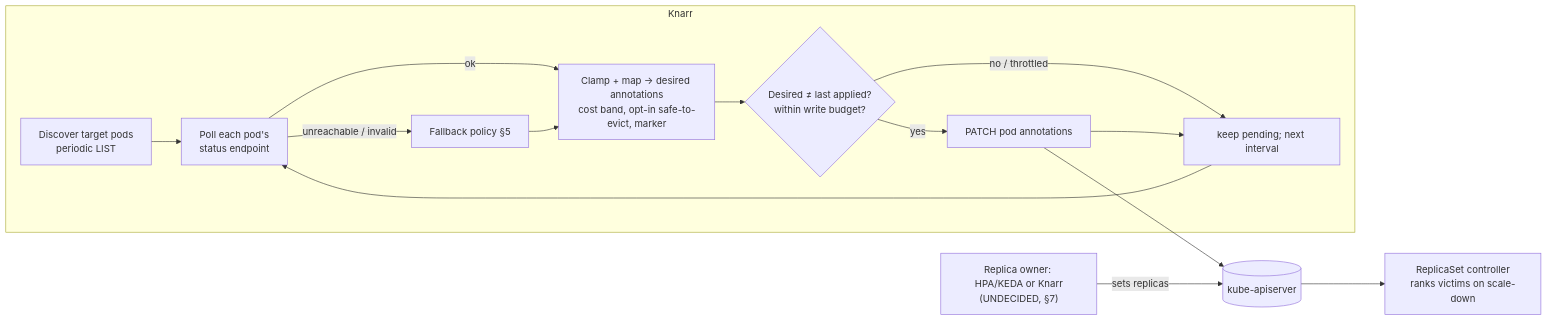
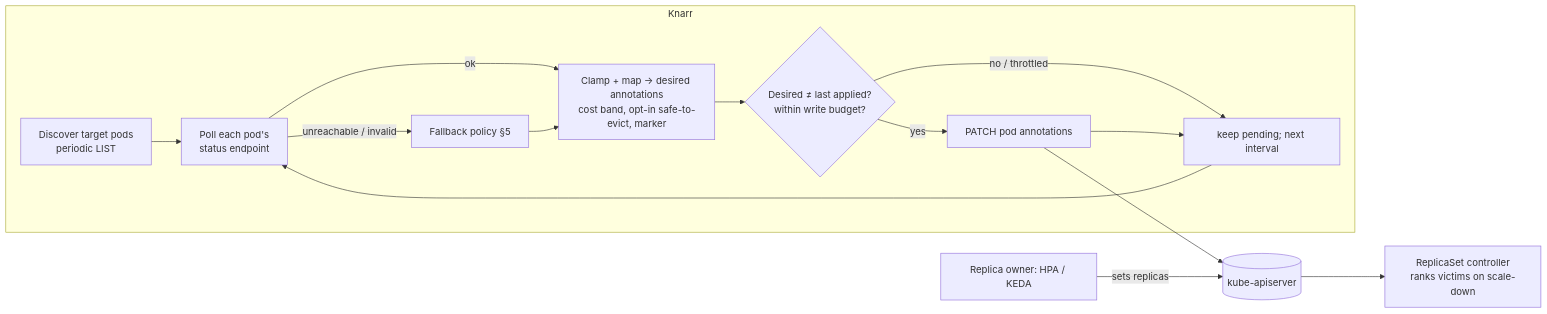
One commit to steven-cutting/knarr changed the diagram in docs/OVERVIEW.md. Above: the diagram before and after it, drawn with Mermaid. The commit also changed other lines of this file and 1 other file, not shown here.

````diff
--- a/docs/OVERVIEW.md
+++ b/docs/OVERVIEW.md
@@ -92,17 +92,17 @@
 ```mermaid
 flowchart LR
     subgraph Knarr
       D[Discover target pods<br/>periodic LIST] --> P[Poll each pod's<br/>status endpoint]
       P -- ok --> M[Clamp + map → desired annotations<br/>cost band, opt-in safe-to-evict, marker]
       P -- unreachable / invalid --> F[Fallback policy §5]
       F --> M
       M --> R{Desired ≠ last applied?<br/>within write budget?}
       R -- yes --> W[PATCH pod annotations]
       R -- no / throttled --> N[keep pending; next interval]
       W --> N
       N --> P
     end
     W --> API[(kube-apiserver)]
     API --> RS[ReplicaSet controller<br/>ranks victims on scale-down]
-    O["Replica owner: HPA/KEDA or Knarr<br/>(UNDECIDED, §7)"] -- sets replicas --> API
+    O["Replica owner: HPA / KEDA"] -- sets replicas --> API
 ```
````
